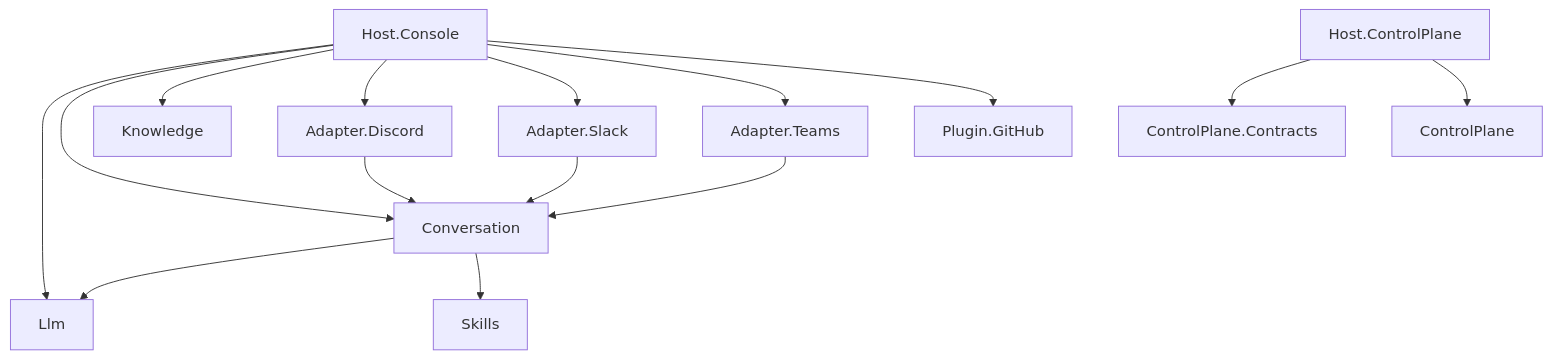
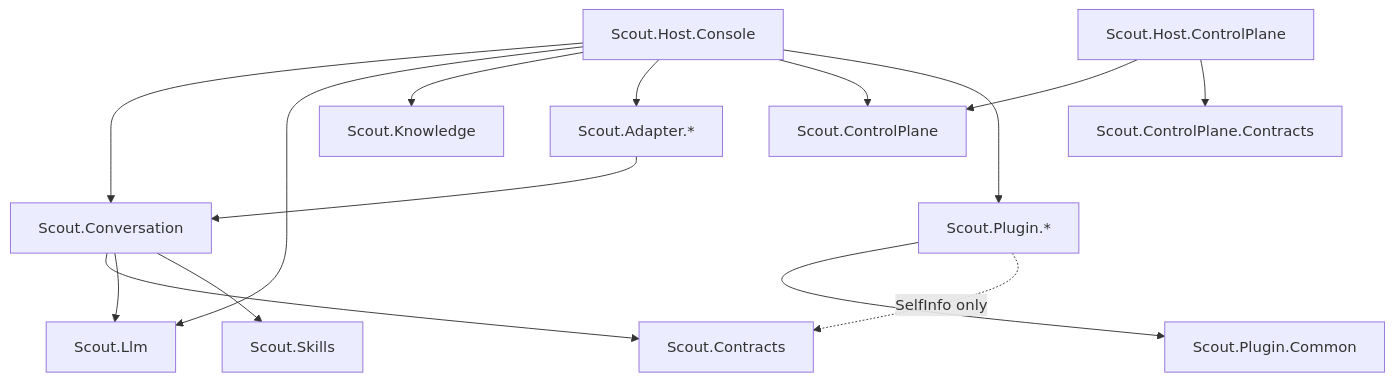
Before and after one commit to vitorafgomes/scout: the diagram in vault/pages/architecture/project-map.md, drawn with Mermaid. The commit also changed other lines of this file and 47 other files, not shown here.

````diff
--- a/vault/pages/architecture/project-map.md
+++ b/vault/pages/architecture/project-map.md
@@ -36,17 +62,17 @@
 ```mermaid
 flowchart TD
-    HC[Host.Console] --> Llm
-    HC --> Conversation
-    HC --> Knowledge
-    HC --> Discord[Adapter.Discord]
-    HC --> Slack[Adapter.Slack]
-    HC --> Teams[Adapter.Teams]
-    HC --> GH[Plugin.GitHub]
-    Conversation --> Llm
-    Conversation --> Skills
-    Discord --> Conversation
-    Slack --> Conversation
-    Teams --> Conversation
-    HCP[Host.ControlPlane] --> Contracts[ControlPlane.Contracts]
-    HCP --> CP[ControlPlane]
+    HC[Scout.Host.Console] --> CV[Scout.Conversation]
+    HC --> LLM[Scout.Llm]
+    HC --> KN[Scout.Knowledge]
+    HC --> AD[Scout.Adapter.*]
+    HC --> CP[Scout.ControlPlane]
+    HC --> PL[Scout.Plugin.*]
+    HCP[Scout.Host.ControlPlane] --> CP
+    HCP --> CPC[Scout.ControlPlane.Contracts]
+    AD --> CV
+    CV --> CT[Scout.Contracts]
+    CV --> LLM
+    CV --> SK[Scout.Skills]
+    PL --> PC[Scout.Plugin.Common]
+    PL -.->|SelfInfo only| CT
 ```
````
